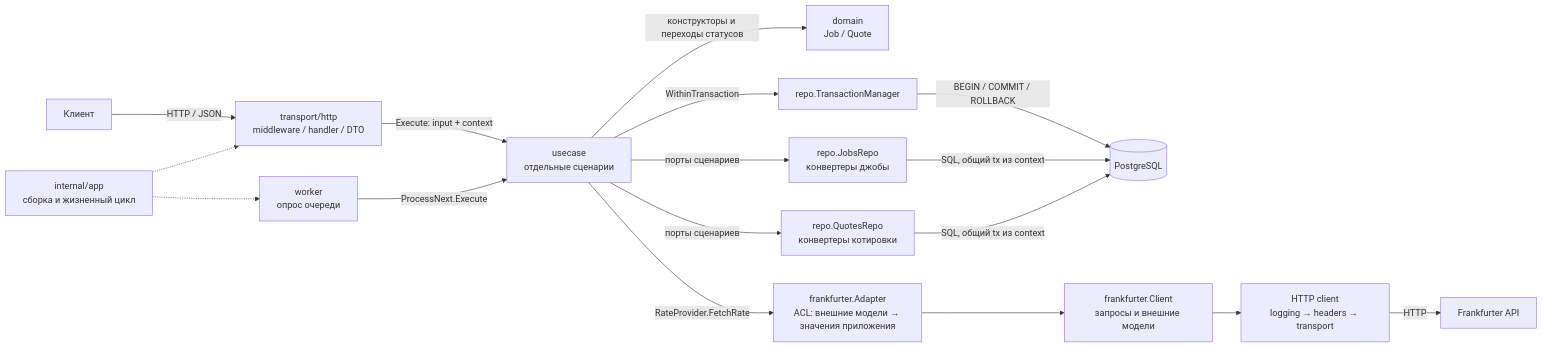
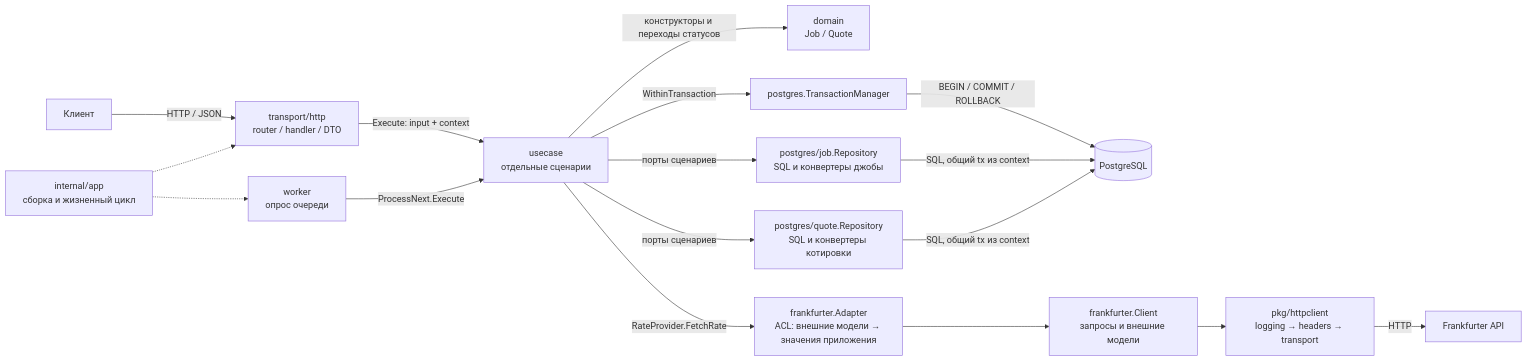
One commit to artyomstank/plata-currency-service changed the first of 2 diagrams in docs/architecture.md. Above: the diagram before and after it, drawn with Mermaid. The commit also changed other lines of this file and 69 other files, not shown here.

````diff
--- a/docs/architecture.md
+++ b/docs/architecture.md
@@ -32,19 +35,19 @@
 ```mermaid
 flowchart LR
-    Client["Клиент"] -->|HTTP / JSON| HTTP["transport/http<br/>middleware / handler / DTO"]
+    Client["Клиент"] -->|HTTP / JSON| HTTP["transport/http<br/>router / handler / DTO"]
     App["internal/app<br/>сборка и жизненный цикл"] -.-> HTTP
     App -.-> Worker["worker<br/>опрос очереди"]
     Worker -->|ProcessNext.Execute| UC["usecase<br/>отдельные сценарии"]
     HTTP -->|Execute: input + context| UC
     UC -->|конструкторы и переходы статусов| Domain["domain<br/>Job / Quote"]
-    UC -->|WithinTransaction| TM["repo.TransactionManager"]
-    UC -->|порты сценариев| Jobs["repo.JobsRepo<br/>конвертеры джобы"]
-    UC -->|порты сценариев| Quotes["repo.QuotesRepo<br/>конвертеры котировки"]
+    UC -->|WithinTransaction| TM["postgres.TransactionManager"]
+    UC -->|порты сценариев| Jobs["postgres/job.Repository<br/>SQL и конвертеры джобы"]
+    UC -->|порты сценариев| Quotes["postgres/quote.Repository<br/>SQL и конвертеры котировки"]
     UC -->|RateProvider.FetchRate| Adapter["frankfurter.Adapter<br/>ACL: внешние модели → значения приложения"]
     TM -->|BEGIN / COMMIT / ROLLBACK| DB[("PostgreSQL")]
     Jobs -->|SQL, общий tx из context| DB
     Quotes -->|SQL, общий tx из context| DB
     Adapter --> Source["frankfurter.Client<br/>запросы и внешние модели"]
-    Source --> Outbound["HTTP client<br/>logging → headers → transport"]
+    Source --> Outbound["pkg/httpclient<br/>logging → headers → transport"]
     Outbound -->|HTTP| Rates["Frankfurter API"]
 ```
````
